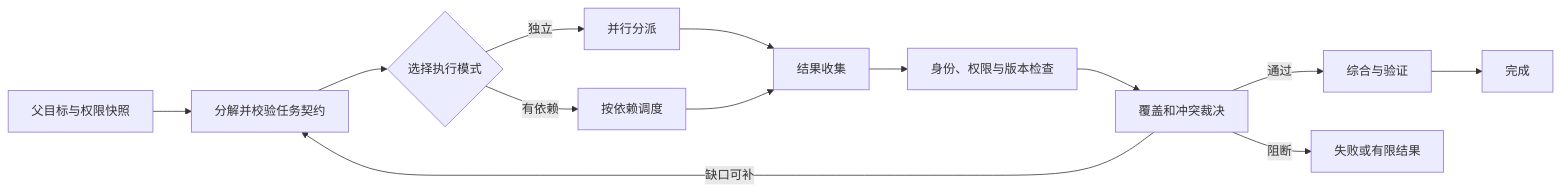
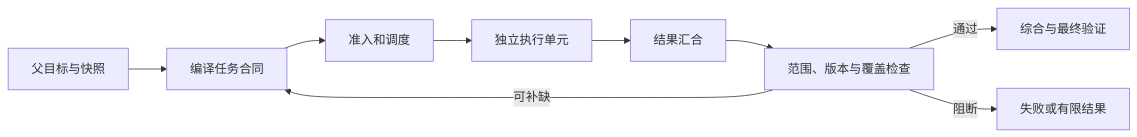
Before and after one commit to upJiang/jiang-blog-vitepress: the diagram in docs/ai-agent/multi-agent-orchestration.md, drawn with Mermaid. The commit also changed other lines of this file and 365 other files, not shown here.

````diff
--- a/docs/ai-agent/multi-agent-orchestration.md
+++ b/docs/ai-agent/multi-agent-orchestration.md
@@ -60,15 +105,11 @@
 ```mermaid
 flowchart LR
-    A[父目标与权限快照] --> B[分解并校验任务契约]
-    B --> C{选择执行模式}
-    C -->|独立| D[并行分派]
-    C -->|有依赖| E[按依赖调度]
-    D --> F[结果收集]
-    E --> F
-    F --> G[身份、权限与版本检查]
-    G --> H[覆盖和冲突裁决]
-    H -->|通过| I[综合与验证]
-    H -->|缺口可补| B
-    H -->|阻断| J[失败或有限结果]
-    I --> K[完成]
+    A[父目标与快照] --> B[编译任务合同]
+    B --> C[准入和调度]
+    C --> D[独立执行单元]
+    D --> E[结果汇合]
+    E --> F[范围、版本与覆盖检查]
+    F -->|通过| G[综合与最终验证]
+    F -->|可补缺| B
+    F -->|阻断| H[失败或有限结果]
 ```
````
